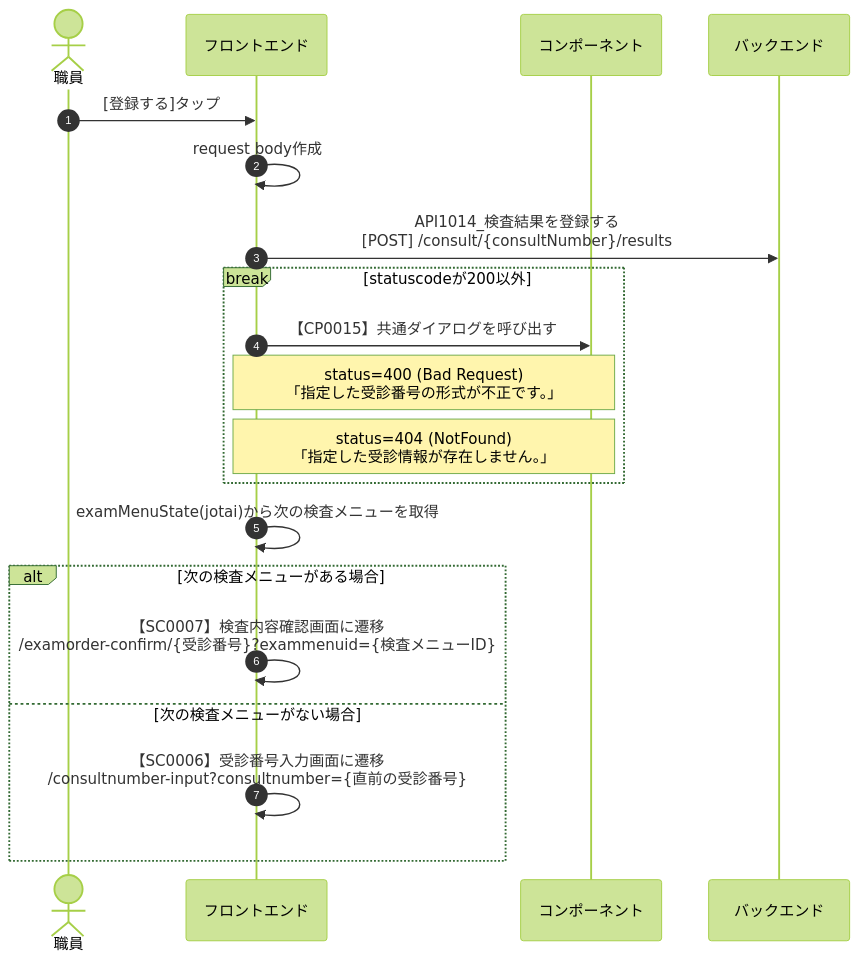
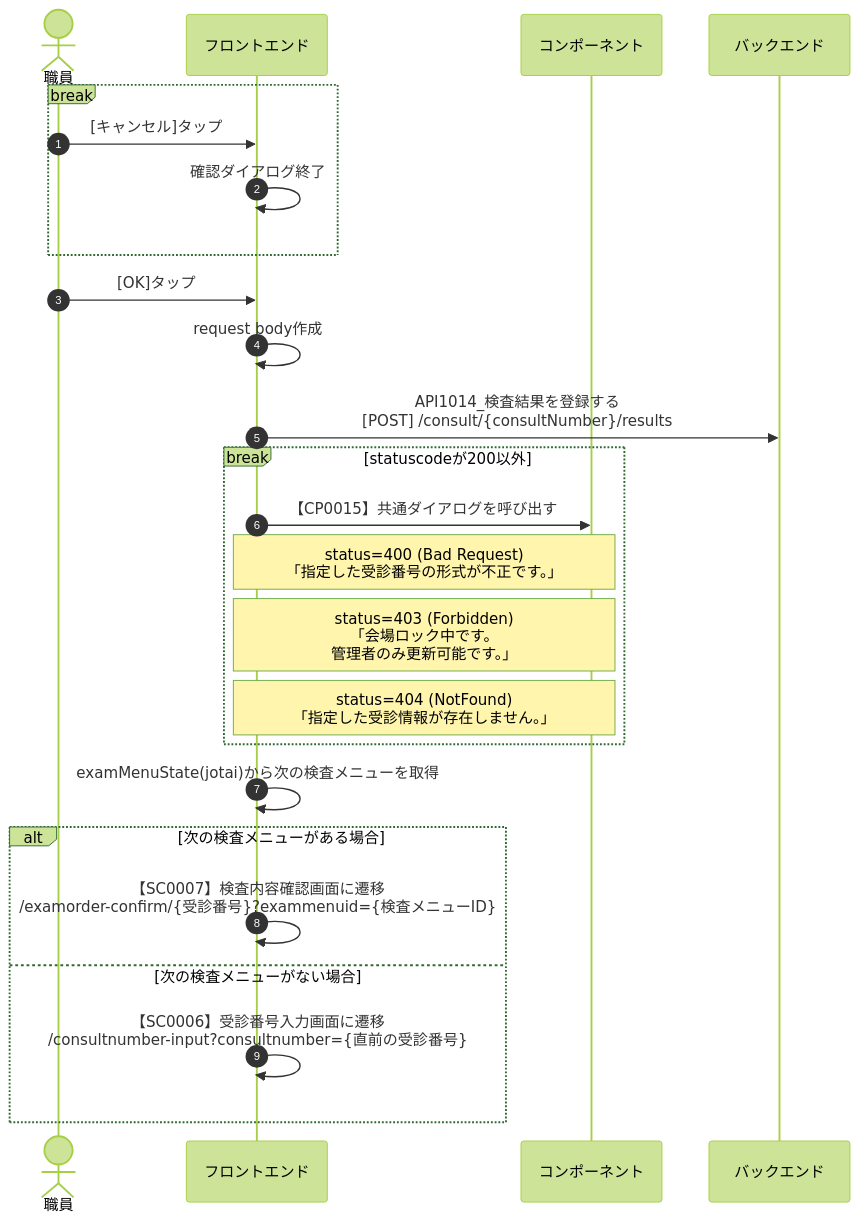
The diagram in Documents/UI設計書/src/docs/画面/SC0008_検査結果入力画面/SC0008-登録する.mmd (MrWangpeilin945/FlutterIOS), drawn with Mermaid before and after one commit. The commit also changed other lines of this file and 1 other file, not shown here.

Commit message:
SC0008_検査結果入力画面のシーケンス図修正

```diff
--- a/Documents/UI設計書/src/docs/画面/SC0008_検査結果入力画面/SC0008-登録する.mmd
+++ b/Documents/UI設計書/src/docs/画面/SC0008_検査結果入力画面/SC0008-登録する.mmd
@@ -1,25 +1,28 @@
-
 %%{init:{'theme':'forest'}}%%
 
 sequenceDiagram
   actor stf as 職員
   participant fe as フロントエンド
   participant cmp as コンポーネント
   participant be as バックエンド
 
   autonumber
-
-  stf ->>fe: [登録する]タップ
+  break 
+    stf ->> fe: [キャンセル]タップ
+    fe ->>fe: 確認ダイアログ終了
+  end
+  stf ->>fe: [OK]タップ
   fe ->>fe: request body作成
   fe ->> be: API1014_検査結果を登録する<br>[POST] /consult/{consultNumber}/results
   break statuscodeが200以外
     fe->>cmp: 【CP0015】共通ダイアログを呼び出す
     Note over fe, cmp: status=400 (Bad Request)<br>「指定した受診番号の形式が不正です。」
+    Note over fe, cmp: status=403 (Forbidden)<br>「会場ロック中です。<br>管理者のみ更新可能です。」
     Note over fe, cmp: status=404 (NotFound)<br>「指定した受診情報が存在しません。」
   end
   fe ->>fe: examMenuState(jotai)から次の検査メニューを取得
   alt 次の検査メニューがある場合
     fe->>fe: 【SC0007】検査内容確認画面に遷移<br>/examorder-confirm/{受診番号}?exammenuid={検査メニューID}
   else 次の検査メニューがない場合
     fe ->>fe: 【SC0006】受診番号入力画面に遷移<br>/consultnumber-input?consultnumber={直前の受診番号}
   end
```
